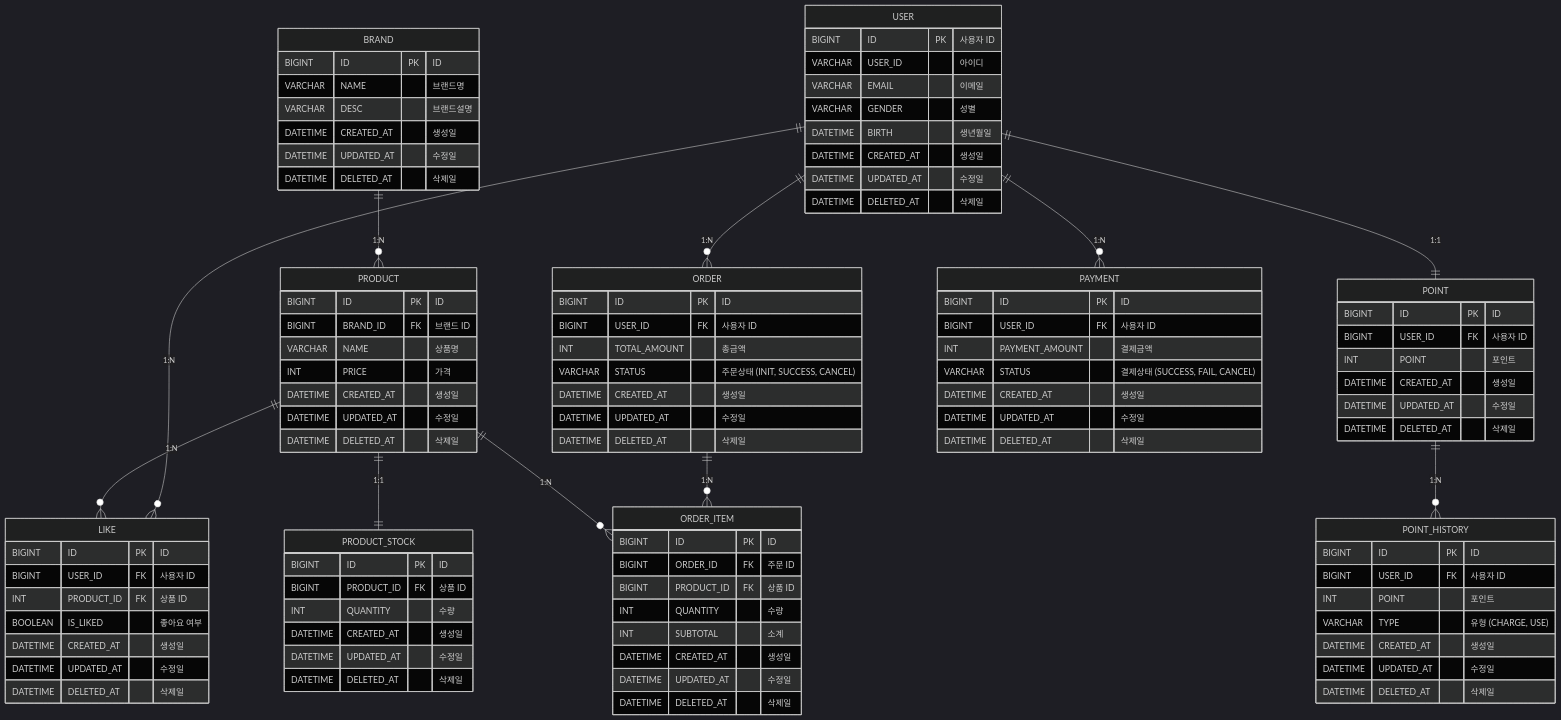
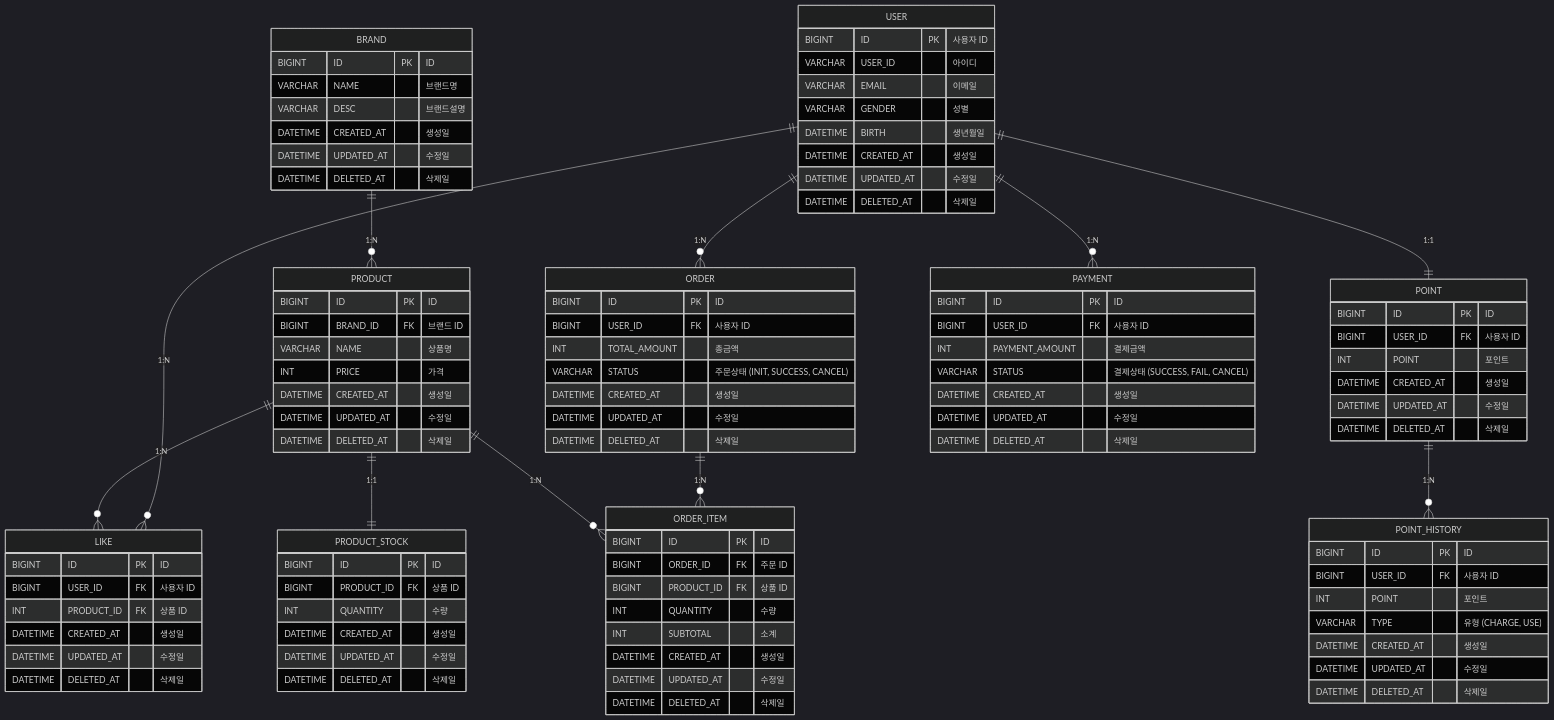
Before and after one commit to hyunn12/e-commerce-project: the diagram in docs/design/04-erd.md, drawn with Mermaid (dark theme).

Commit message:
docs: ERD 수정 - LIKE 테이블 IS_LIKED 컬럼 제거

```diff
--- a/docs/design/04-erd.md
+++ b/docs/design/04-erd.md
@@ -49,7 +49,6 @@
         BIGINT ID PK "ID"
         BIGINT USER_ID FK "사용자 ID"  
         INT PRODUCT_ID FK "상품 ID"
-        BOOLEAN IS_LIKED "좋아요 여부"
         DATETIME CREATED_AT "생성일"  
         DATETIME UPDATED_AT "수정일"  
         DATETIME DELETED_AT "삭제일"  
```
